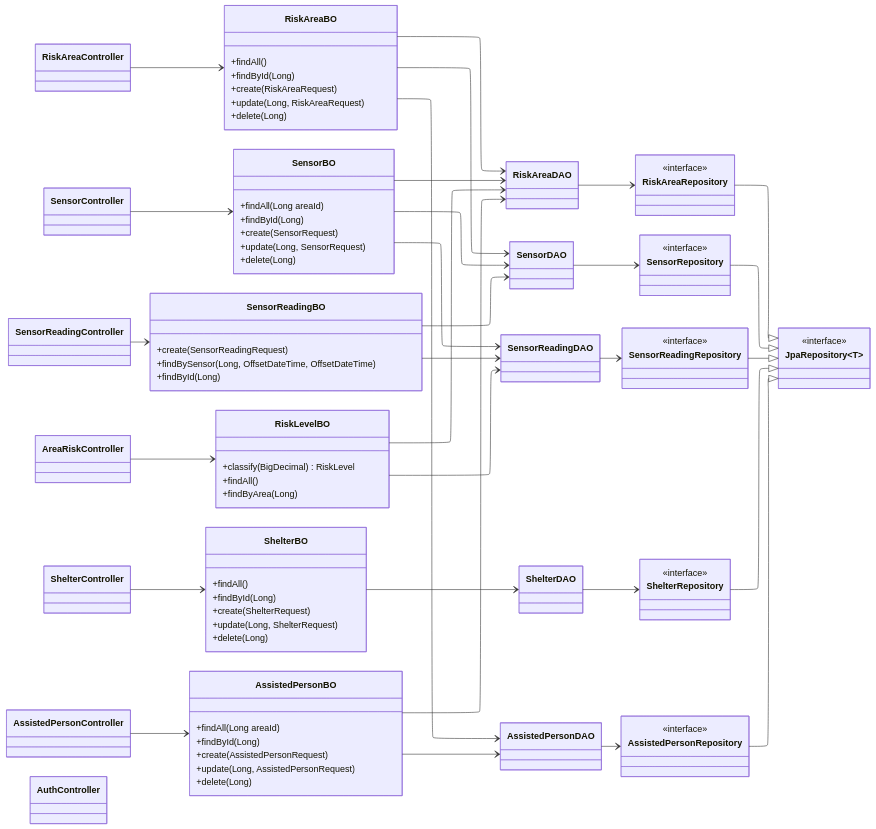
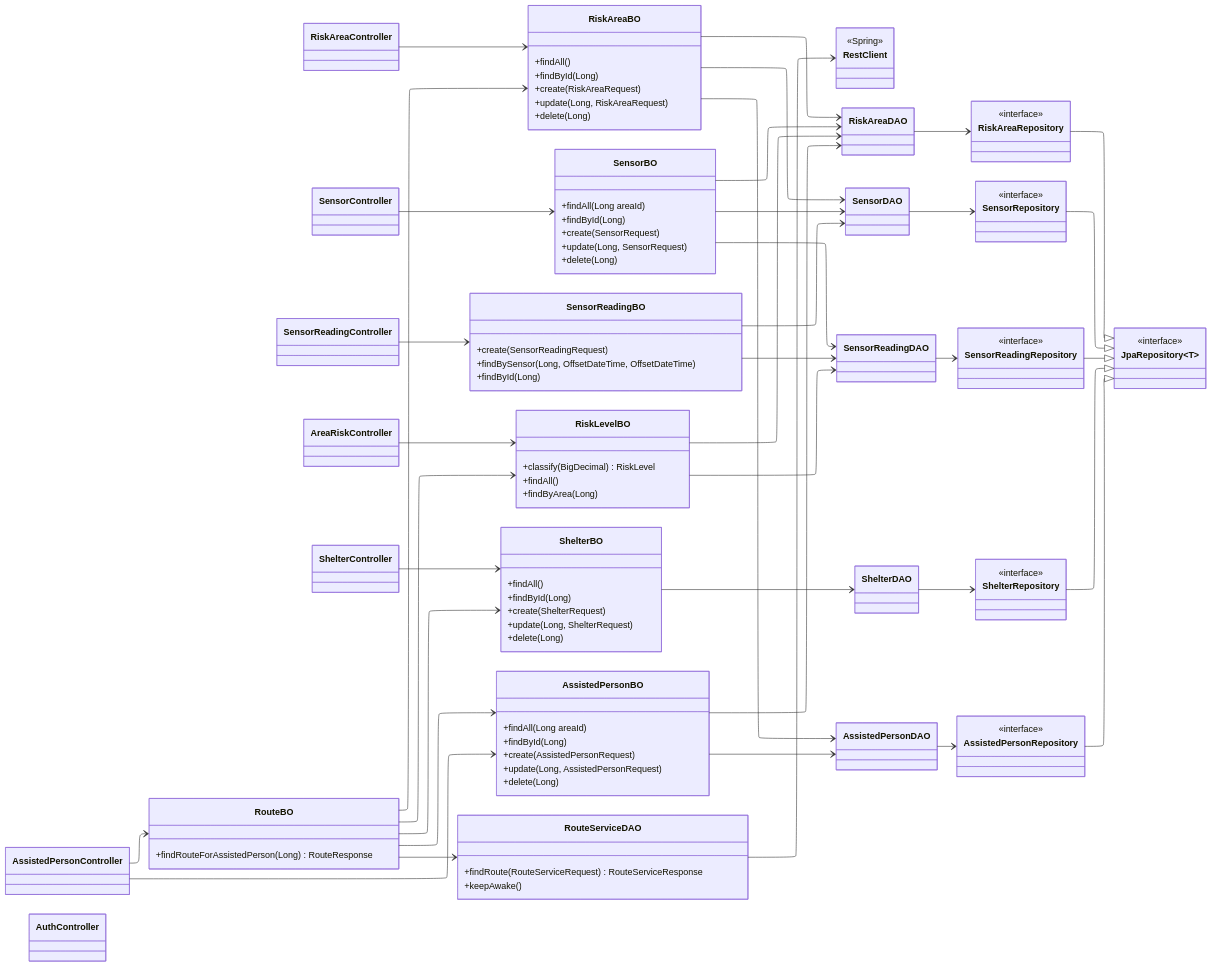
Before and after one commit to Kelwinnn/Global-Solution---Rota-Segura-DDD-Java: the second of 4 diagrams in docs/class-diagram.md, drawn with Mermaid. The commit also changed other lines of this file and 22 other files, not shown here.

```diff
--- a/docs/class-diagram.md
+++ b/docs/class-diagram.md
@@ -177,7 +185,17 @@
         +update(Long, AssistedPersonRequest)
         +delete(Long)
     }
+    class RouteBO {
+        +findRouteForAssistedPerson(Long) RouteResponse
+    }
 
+    class RouteServiceDAO {
+        +findRoute(RouteServiceRequest) RouteServiceResponse
+        +keepAwake()
+    }
+    class RestClient {
+        <<Spring>>
+    }
     class RiskAreaDAO
     class SensorDAO
     class SensorReadingDAO
@@ -209,6 +227,7 @@
     AreaRiskController --> RiskLevelBO
     ShelterController --> ShelterBO
     AssistedPersonController --> AssistedPersonBO
+    AssistedPersonController --> RouteBO
 
     RiskAreaBO --> RiskAreaDAO
     RiskAreaBO --> SensorDAO
@@ -223,6 +242,12 @@
     ShelterBO --> ShelterDAO
     AssistedPersonBO --> AssistedPersonDAO
     AssistedPersonBO --> RiskAreaDAO
+    RouteBO --> AssistedPersonBO
+    RouteBO --> RiskAreaBO
+    RouteBO --> RiskLevelBO
+    RouteBO --> ShelterBO
+    RouteBO --> RouteServiceDAO
+    RouteServiceDAO --> RestClient
 
     RiskAreaDAO --> RiskAreaRepository
     SensorDAO --> SensorRepository
```
